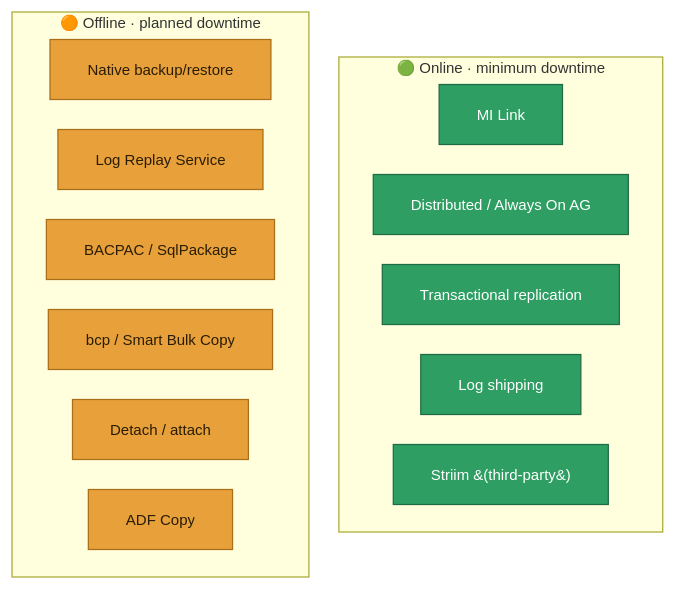
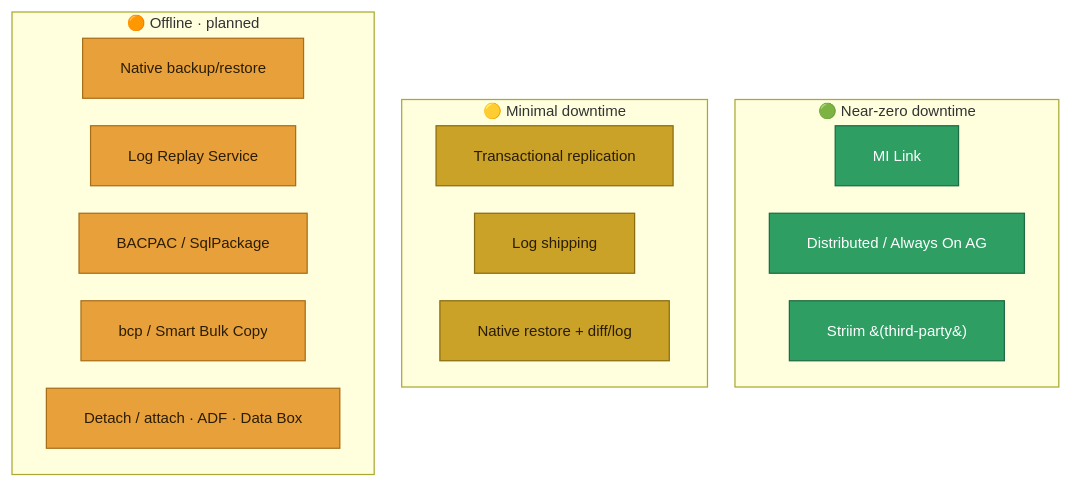
Before and after one commit to fredgis/FY27SQLMotion: the third of 3 diagrams in docs/sql-server-to-azure-migration.md, drawn with Mermaid. The commit also changed other lines of this file, not shown here.

````diff
--- a/docs/sql-server-to-azure-migration.md
+++ b/docs/sql-server-to-azure-migration.md
@@ -200,23 +237,27 @@
 ```mermaid
-%%{init: {'flowchart': {'nodeSpacing': 24, 'rankSpacing': 30}, 'themeVariables': {'fontSize': '12px'}}}%%
+%%{init: {'flowchart': {'nodeSpacing': 22, 'rankSpacing': 30}, 'themeVariables': {'fontSize': '12px'}}}%%
 flowchart TB
-    subgraph ON["🟢 Online · minimum downtime"]
-        O1[MI Link]
-        O2[Distributed / Always On AG]
-        O3[Transactional replication]
-        O4[Log shipping]
-        O5[Striim &#40;third-party&#41;]
+    subgraph NZ["🟢 Near-zero downtime"]
+        N1[MI Link]
+        N2[Distributed / Always On AG]
+        N3[Striim &#40;third-party&#41;]
     end
-    subgraph OFF["🟠 Offline · planned downtime"]
+    subgraph MIN["🟡 Minimal downtime"]
+        L1[Transactional replication]
+        L2[Log shipping]
+        L3[Native restore + diff/log]
+    end
+    subgraph OFF["🟠 Offline · planned"]
         F1[Native backup/restore]
         F2[Log Replay Service]
         F3[BACPAC / SqlPackage]
         F4[bcp / Smart Bulk Copy]
-        F5[Detach / attach]
-        F6[ADF Copy]
+        F5[Detach / attach · ADF · Data Box]
     end
-    classDef on fill:#2E9E63,stroke:#1F6B43,color:#fff;
-    classDef off fill:#E8A13A,stroke:#A86E18,color:#2a1c05;
-    class O1,O2,O3,O4,O5 on;
-    class F1,F2,F3,F4,F5,F6 off;
+    classDef nz fill:#2E9E63,stroke:#1F6B43,color:#fff;
+    classDef mn fill:#C9A227,stroke:#8A6D10,color:#2a1c05;
+    classDef of fill:#E8A13A,stroke:#A86E18,color:#2a1c05;
+    class N1,N2,N3 nz;
+    class L1,L2,L3 mn;
+    class F1,F2,F3,F4,F5 of;
 ```
````
